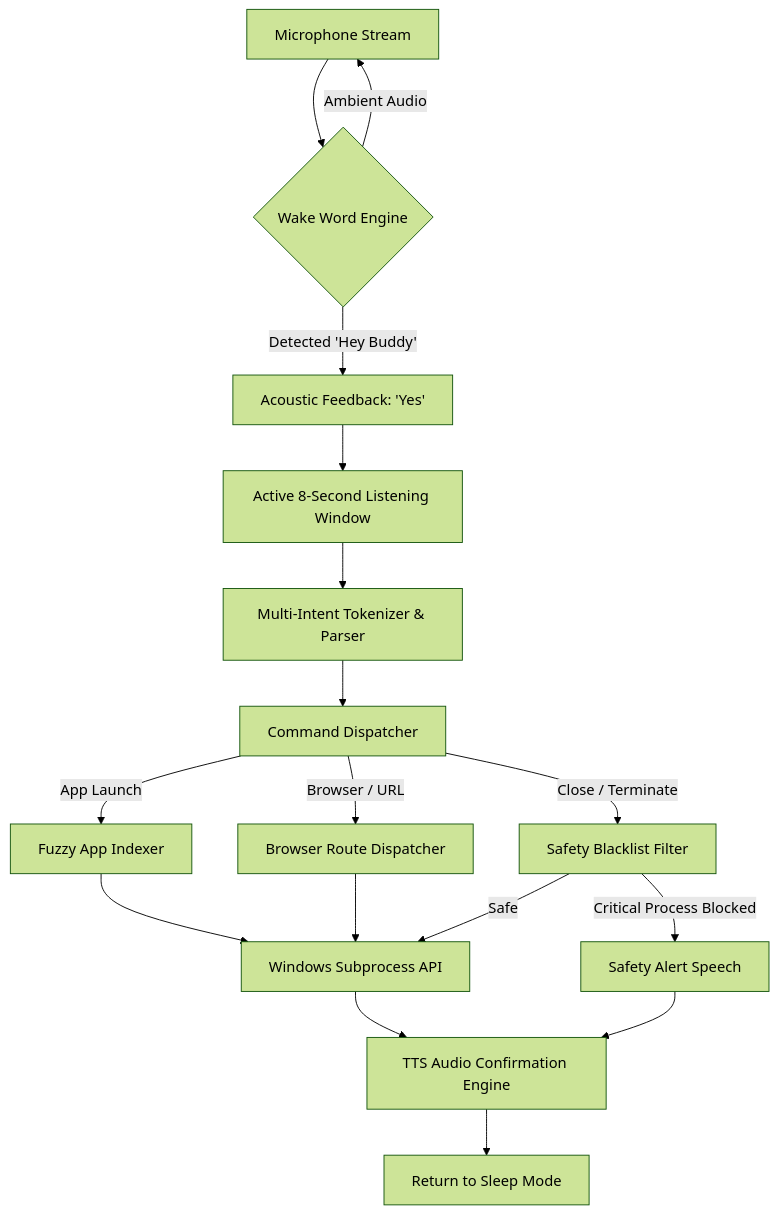
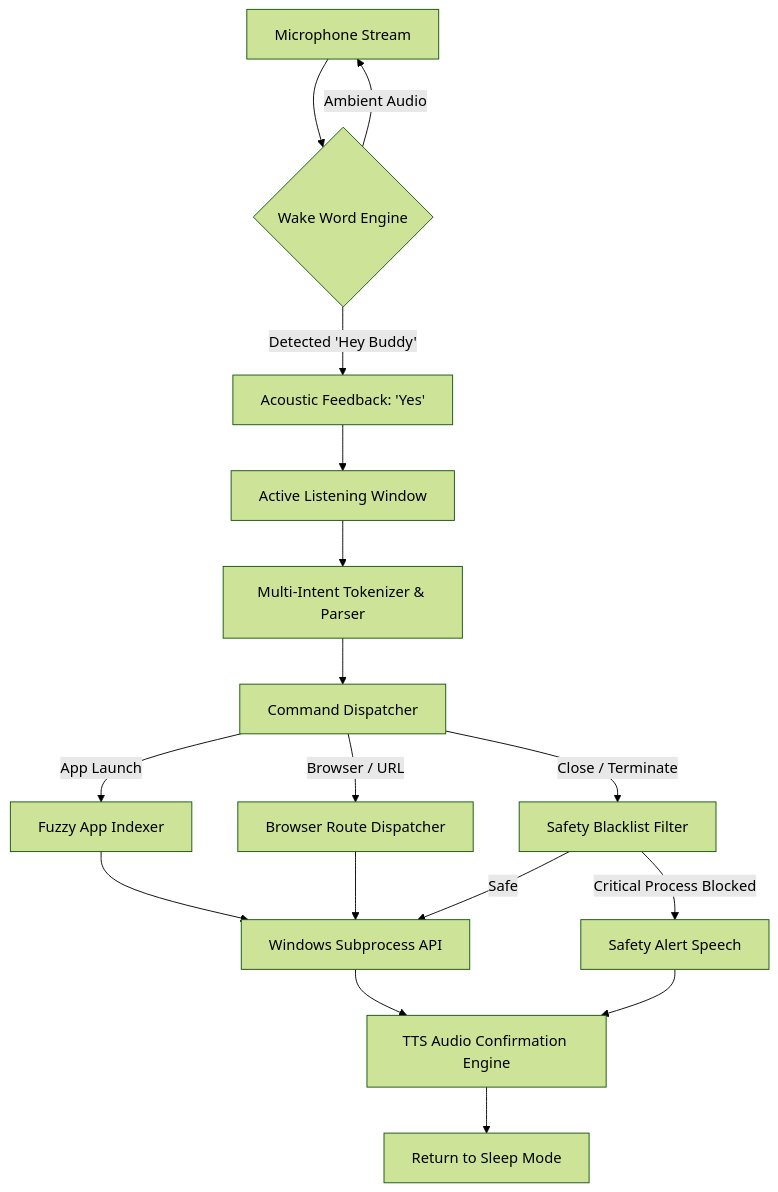
Before and after one commit to swarajshelke12/BuddyAssistant: the diagram in README.md, drawn with Mermaid (forest theme). The commit also changed other lines of this file and 2 other files, not shown here.

````diff
--- a/README.md
+++ b/README.md
@@ -52,24 +63,24 @@
 ```mermaid
 flowchart TD
     A[Microphone Stream] --> B{Wake Word Engine}
     B -- "Ambient Audio" --> A
     B -- "Detected 'Hey Buddy'" --> C[Acoustic Feedback: 'Yes']
     
-    C --> D[Active 8-Second Listening Window]
+    C --> D[Active Listening Window]
     D --> E[Multi-Intent Tokenizer & Parser]
     
     E --> F[Command Dispatcher]
     
     F -->|App Launch| G[Fuzzy App Indexer]
     F -->|Browser / URL| H[Browser Route Dispatcher]
     F -->|Close / Terminate| I[Safety Blacklist Filter]
     
     G --> J[Windows Subprocess API]
     H --> J
     I -->|Safe| J
     I -->|Critical Process Blocked| K[Safety Alert Speech]
     
     J --> L[TTS Audio Confirmation Engine]
     K --> L
     L --> M[Return to Sleep Mode]
 ```
````
